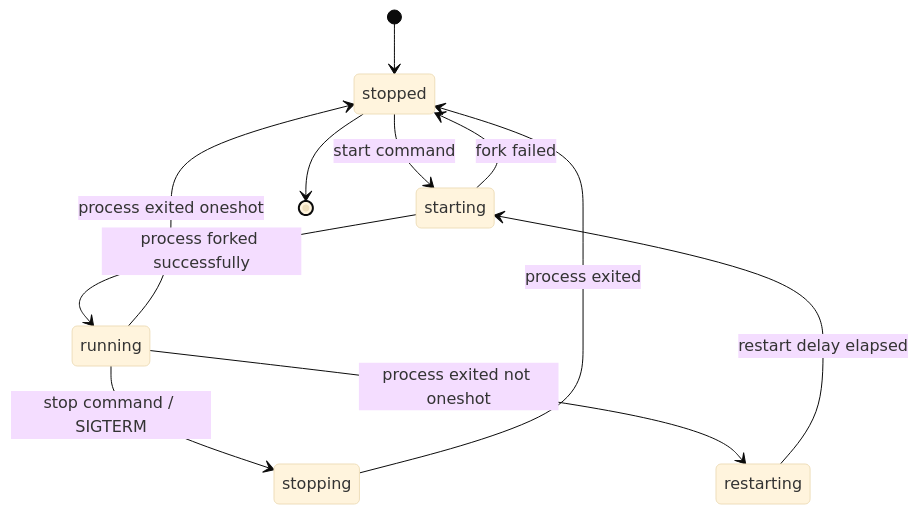
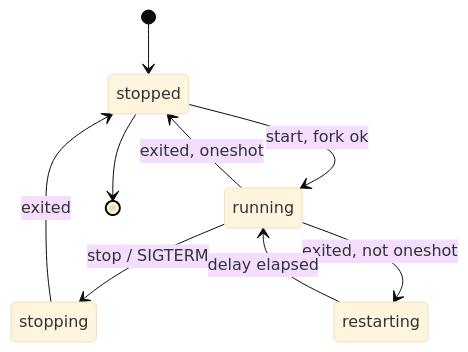
Before and after one commit to aospbooks/aosp-internal-book: diagram 16 of 16 in agents/claude/skills/aosp-kernel-and-boot/04-boot-and-init.md, drawn with Mermaid (base theme). The commit also changed other lines of this file and 218 other files, not shown here.

````diff
--- a/agents/claude/skills/aosp-kernel-and-boot/04-boot-and-init.md
+++ b/agents/claude/skills/aosp-kernel-and-boot/04-boot-and-init.md
@@ -4101,13 +4219,11 @@
 ```mermaid
 stateDiagram-v2
     [*] --> stopped
-    stopped --> starting : start command
-    starting --> running : process forked successfully
-    starting --> stopped : fork failed
-    running --> stopping : stop command / SIGTERM
-    running --> restarting : process exited not oneshot
-    running --> stopped : process exited oneshot
-    stopping --> stopped : process exited
-    restarting --> starting : restart delay elapsed
+    stopped --> running : start, fork ok
+    running --> stopping : stop / SIGTERM
+    running --> restarting : exited, not oneshot
+    running --> stopped : exited, oneshot
+    stopping --> stopped : exited
+    restarting --> running : delay elapsed
     stopped --> [*]
 ```
````
